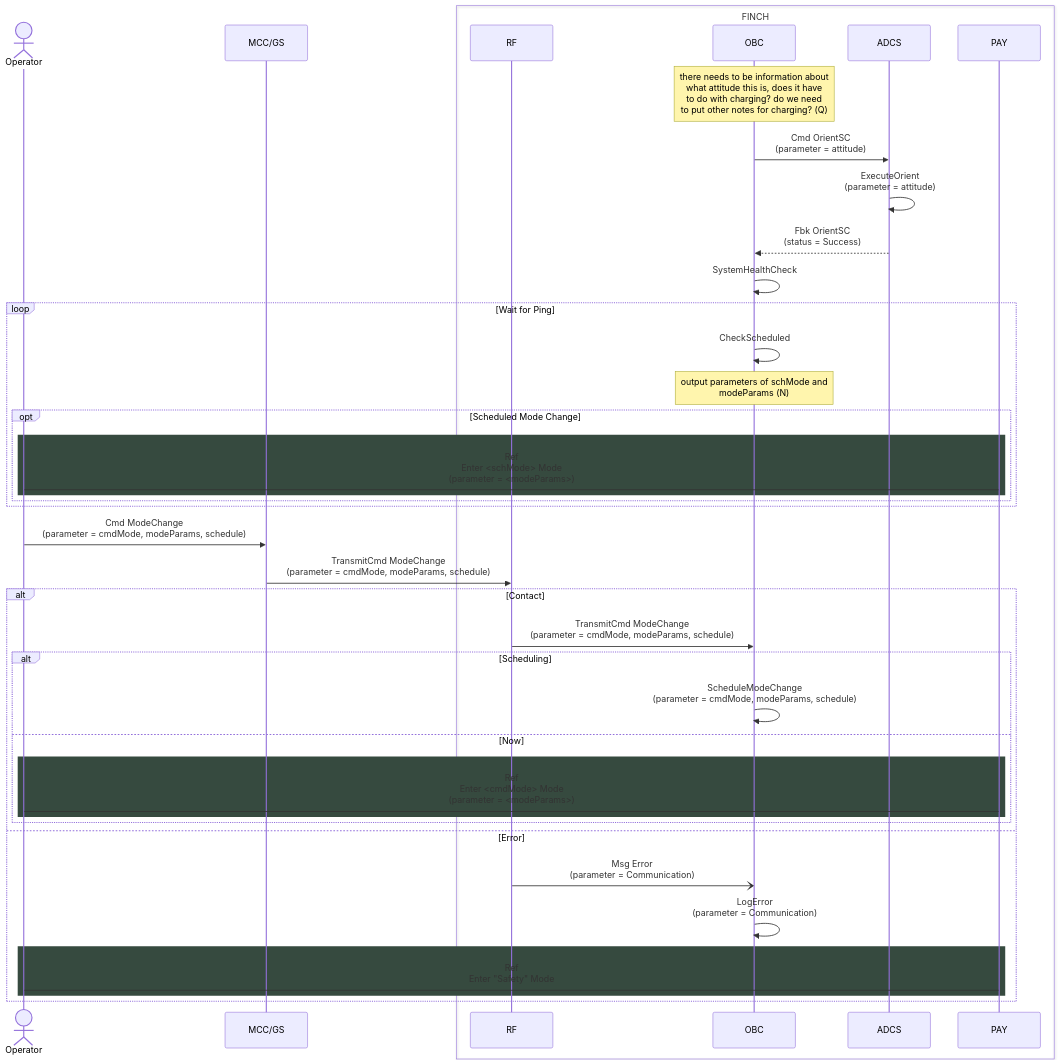
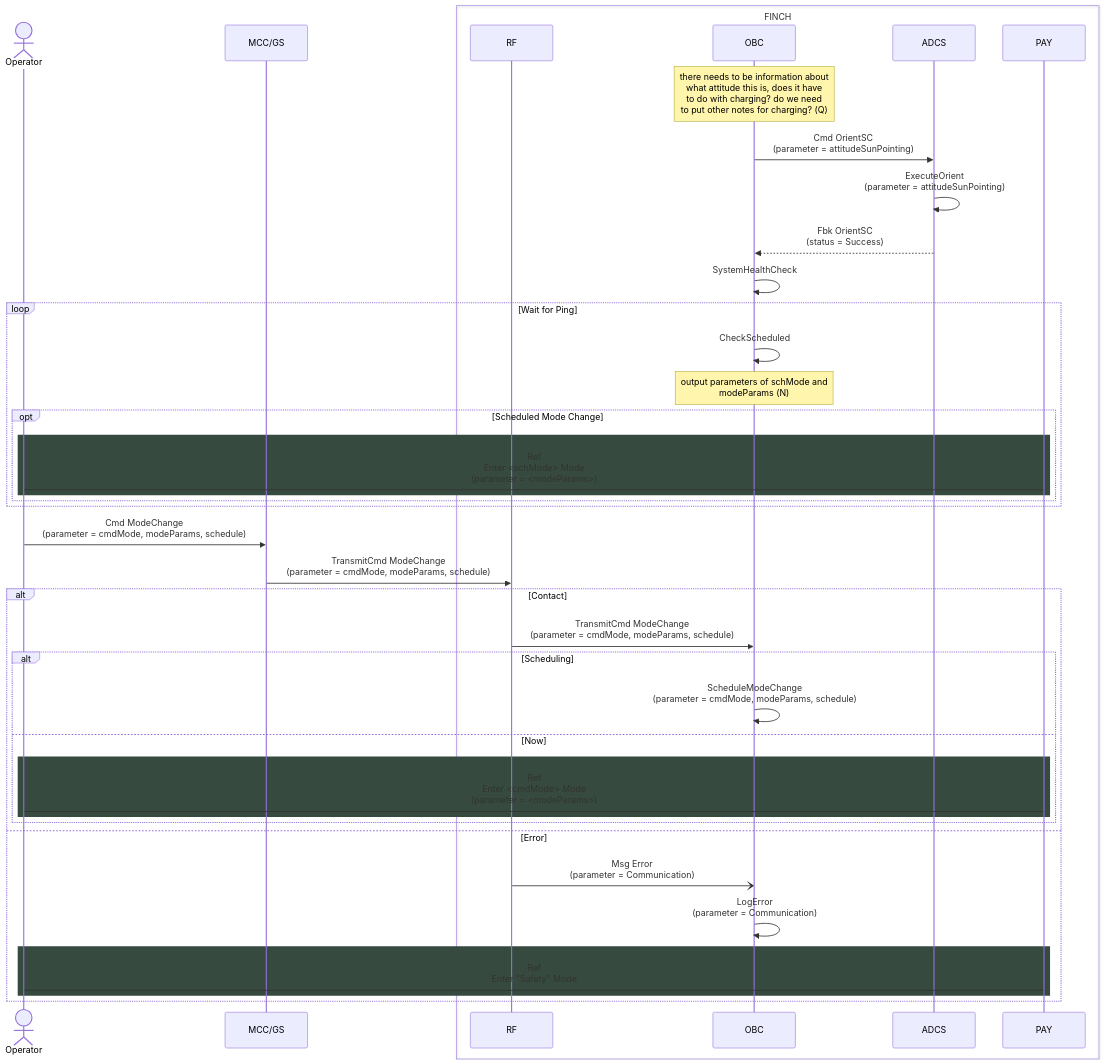
One commit to Addy-lit/FINCH-system-architecture changed the diagram in command sequences/idle-command.md. Above: the diagram before and after it, drawn with Mermaid.

````diff
--- a/command sequences/idle-command.md
+++ b/command sequences/idle-command.md
@@ -2,47 +2,47 @@
 ```mermaid
 sequenceDiagram
     actor Operator
     participant MCC/GS
     box FINCH
         participant RF
         participant OBC 
         participant ADCS
         participant PAY
     end
 
     note over OBC: there needs to be information about <br> what attitude this is, does it have <br> to do with charging? do we need <br> to put other notes for charging? (Q)
-    OBC ->> ADCS: Cmd OrientSC <br> (parameter = attitude)
-    ADCS ->> ADCS: ExecuteOrient <br> (parameter = attitude)
+    OBC ->> ADCS: Cmd OrientSC <br> (parameter = attitudeSunPointing)
+    ADCS ->> ADCS: ExecuteOrient <br> (parameter = attitudeSunPointing)
     ADCS -->> OBC: Fbk OrientSC <br> (status = Success)
     OBC ->> OBC: SystemHealthCheck
 
     loop Wait for Ping
         OBC ->> OBC: CheckScheduled
         note over OBC: output parameters of schMode and <br> modeParams (N)
         opt Scheduled Mode Change
             rect rgb(54,74,63)
               	Operator -> PAY: Ref <br/> Enter <schMode> Mode <br> (parameter = <modeParams>)
             end
         end
     end
 
     Operator ->> MCC/GS: Cmd ModeChange <br> (parameter = cmdMode, modeParams, schedule)
     MCC/GS ->> RF: TransmitCmd ModeChange <br> (parameter = cmdMode, modeParams, schedule)
     alt Contact
         RF ->> OBC: TransmitCmd ModeChange <br> (parameter = cmdMode, modeParams, schedule)
         alt Scheduling
             OBC ->> OBC: ScheduleModeChange <br> (parameter = cmdMode, modeParams, schedule)
         else Now
             rect rgb(54,74,63)
                 Operator -> PAY: Ref <br/> Enter <cmdMode> Mode <br> (parameter = <modeParams>)
             end
         end
     else Error
         RF -) OBC: Msg Error <br> (parameter = Communication)
         OBC ->> OBC: LogError <br> (parameter = Communication)
         rect rgb(54,74,63)
             Operator -> PAY: Ref <br/> Enter "Safety" Mode
         end
     end
 
 ```
````
